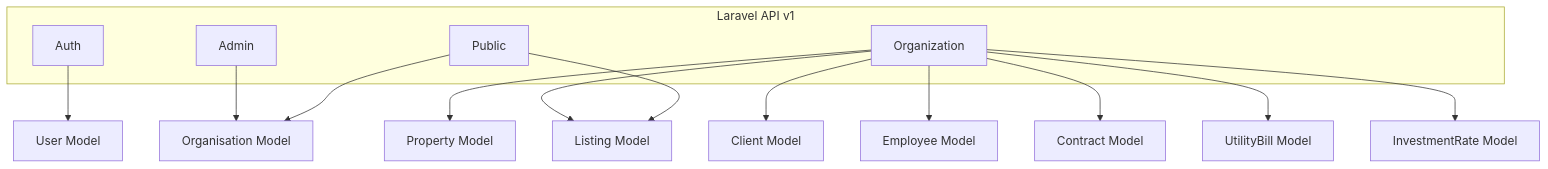
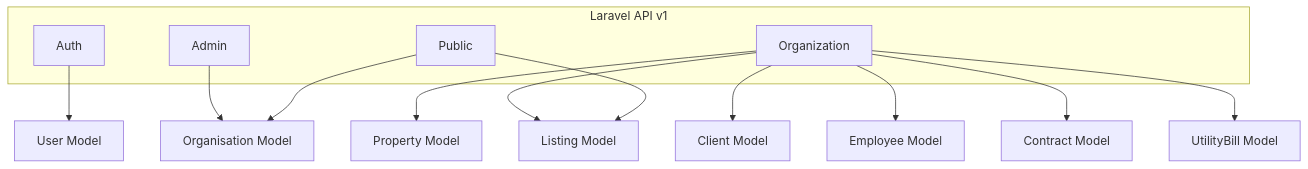
One commit to Itssafa/DomtekApp changed the second of 2 diagrams in Domtek/documentation/backend/documentation/architecture.md. Above: the diagram before and after it, drawn with Mermaid. The commit also changed other lines of this file and 8 other files, not shown here.

````diff
--- a/Domtek/documentation/backend/documentation/architecture.md
+++ b/Domtek/documentation/backend/documentation/architecture.md
@@ -57,23 +56,22 @@
 ```mermaid
 graph TB
     subgraph API["Laravel API v1"]
         AUTH_M[Auth]
         ADMIN_M[Admin]
         ORG_M[Organization]
         PUB_M[Public]
     end
 
     AUTH_M --> UM[User Model]
     ADMIN_M --> OM[Organisation Model]
 
     ORG_M --> PM[Property Model]
     ORG_M --> LM[Listing Model]
     ORG_M --> CM[Client Model]
     ORG_M --> EM[Employee Model]
     ORG_M --> CTM[Contract Model]
     ORG_M --> BM[UtilityBill Model]
-    ORG_M --> INV[InvestmentRate Model]
 
     PUB_M --> LM
     PUB_M --> OM
 ```
````
